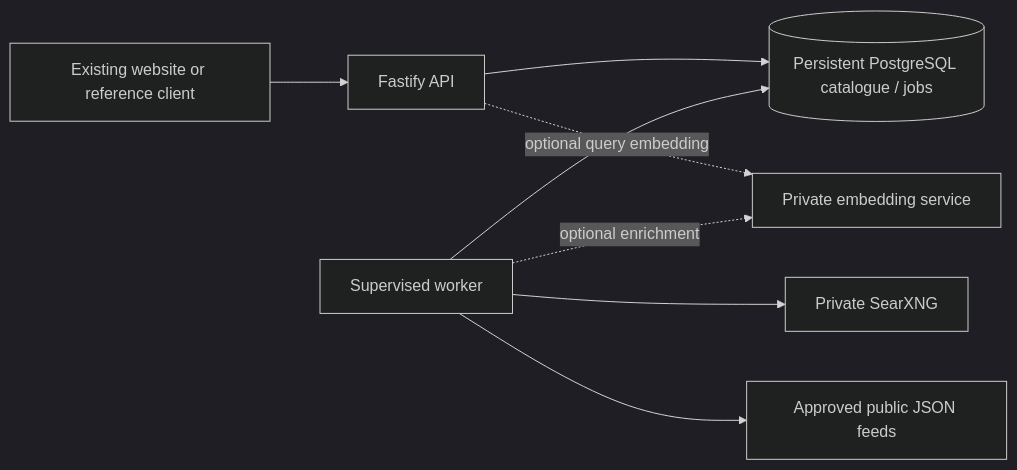
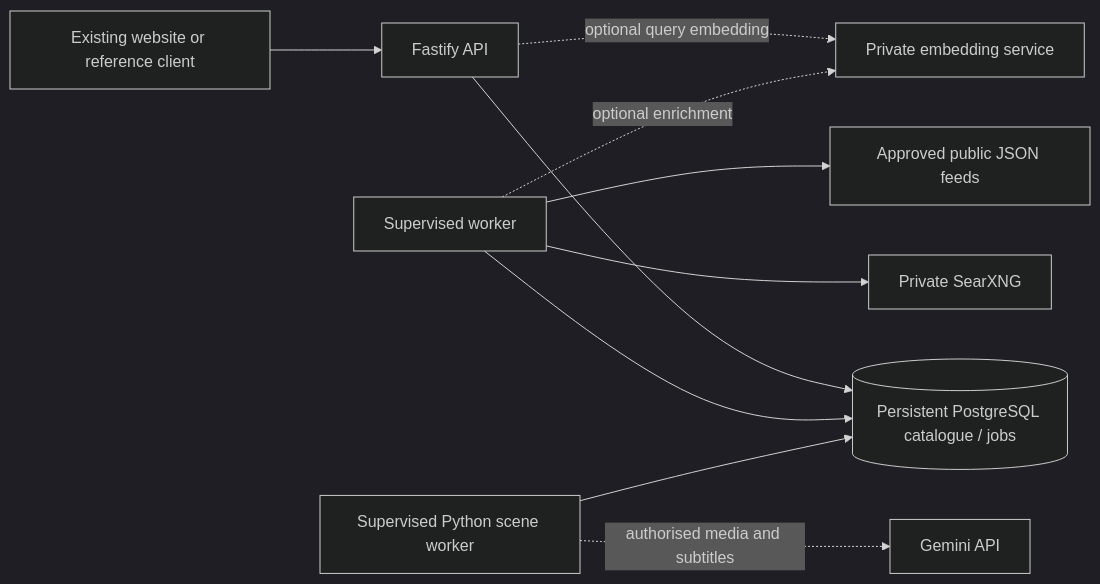
Before and after one commit to adarshx12-rgb/ZenAtlas: the diagram in docs/DEPLOYMENT.md, drawn with Mermaid (dark theme). The commit also changed other lines of this file and 59 other files, not shown here.

````diff
--- a/docs/DEPLOYMENT.md
+++ b/docs/DEPLOYMENT.md
@@ -5,10 +5,12 @@
 ```mermaid
 flowchart LR
   Browser[Existing website or reference client] --> API[Fastify API]
   API --> DB[(Persistent PostgreSQL catalogue / jobs)]
   Worker[Supervised worker] --> DB
   Worker --> SearXNG[Private SearXNG]
   Worker --> Feed[Approved public JSON feeds]
+  SceneWorker[Supervised Python scene worker] --> DB
+  SceneWorker -. authorised media and subtitles .-> Gemini[Gemini API]
   API -. optional query embedding .-> Embeddings[Private embedding service]
   Worker -. optional enrichment .-> Embeddings
 ```
````
